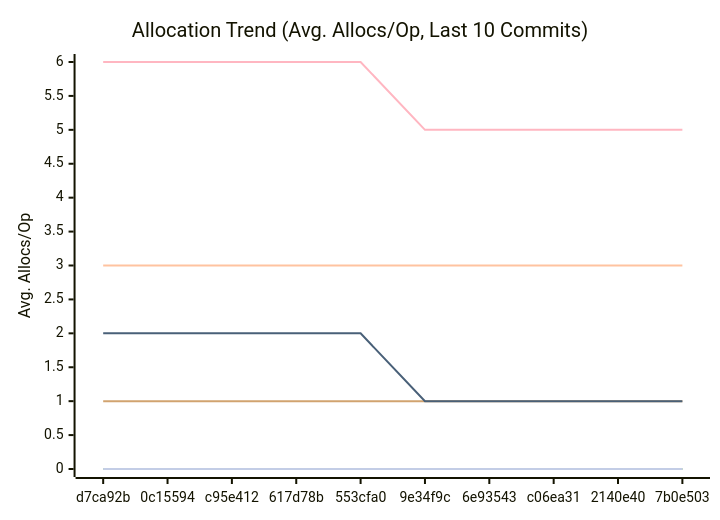
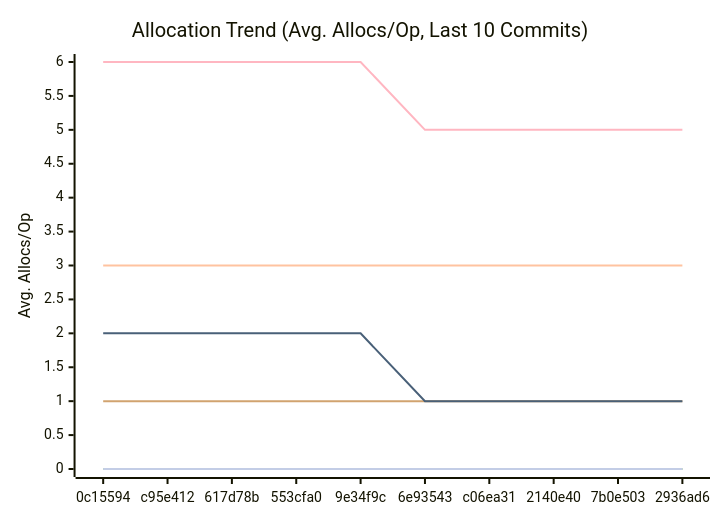
The third of 3 diagrams in docs/PERFORMANCE.md (alsotoes/momo), drawn with Mermaid before and after one commit. The commit also changed other lines of this file and 17 other files, not shown here.

````diff
--- a/docs/PERFORMANCE.md
+++ b/docs/PERFORMANCE.md
@@ -114,16 +114,16 @@
 ```mermaid
 xychart-beta
     title "Allocation Trend (Avg. Allocs/Op, Last 10 Commits)"
     x-axis "Commit"
     y-axis "Avg. Allocs/Op"
-    x-axis [d7ca92b,0c15594,c95e412,617d78b,553cfa0,9e34f9c,6e93543,c06ea31,2140e40,7b0e503]
+    x-axis [0c15594,c95e412,617d78b,553cfa0,9e34f9c,6e93543,c06ea31,2140e40,7b0e503,2936ad6]
     line "CheckMetricsAndSwap" [0,0,0,0,0,0,0,0,0,0]
     line "CrushOptimized" [0,0,0,0,0,0,0,0,0,0]
     line "CrushOriginal" [3,3,3,3,3,3,3,3,3,3]
     line "IndexDirectTracking" [0,0,0,0,0,0,0,0,0,0]
     line "IndexSearch" [0,0,0,0,0,0,0,0,0,0]
     line "LoadGlobalConfig" [1,1,1,1,1,1,1,1,1,1]
     line "PadString" [0,0,0,0,0,0,0,0,0,0]
     line "ParseReplicationOrder_NoPrealloc" [6,6,6,6,6,5,5,5,5,5]
     line "ParseReplicationOrder_Prealloc" [2,2,2,2,2,1,1,1,1,1]
 ```
````
